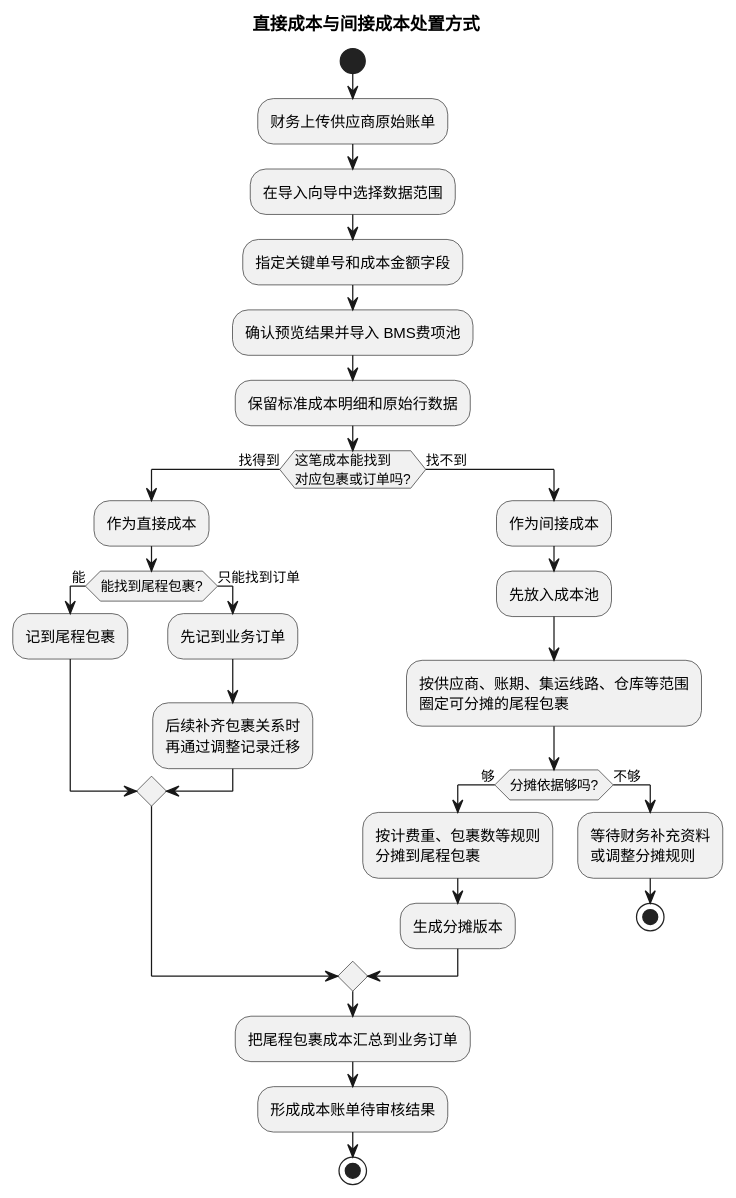
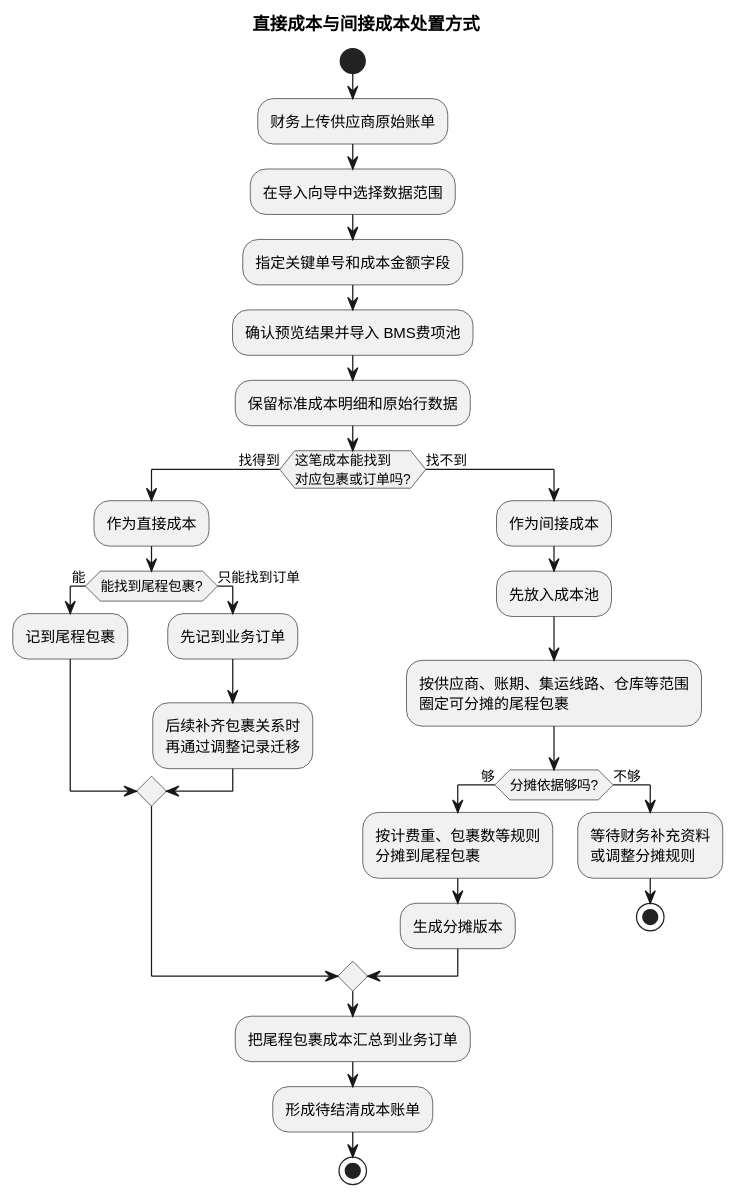
Diagram 13 of 18 in product-caliber/bms/prd/财务系统.PRD.md (jack888332/projects-doc), drawn with PlantUML before and after one commit. The commit also changed other lines of this file, not shown here.

````diff
--- a/product-caliber/bms/prd/财务系统.PRD.md
+++ b/product-caliber/bms/prd/财务系统.PRD.md
@@ -2950,37 +3079,37 @@
 ```plantuml
 @startuml
 title 直接成本与间接成本处置方式
 
 start
 :财务上传供应商原始账单;
 :在导入向导中选择数据范围;
 :指定关键单号和成本金额字段;
 :确认预览结果并导入 BMS费项池;
 :保留标准成本明细和原始行数据;
 
 if (这笔成本能找到\n对应包裹或订单吗?) then (找得到)
   :作为直接成本;
   if (能找到尾程包裹?) then (能)
     :记到尾程包裹;
   else (只能找到订单)
     :先记到业务订单;
     :后续补齐包裹关系时\n再通过调整记录迁移;
   endif
 else (找不到)
   :作为间接成本;
   :先放入成本池;
   :按供应商、账期、集运线路、仓库等范围\n圈定可分摊的尾程包裹;
   if (分摊依据够吗?) then (够)
     :按计费重、包裹数等规则\n分摊到尾程包裹;
     :生成分摊版本;
   else (不够)
     :等待财务补充资料\n或调整分摊规则;
     stop
   endif
 endif
 
 :把尾程包裹成本汇总到业务订单;
-:形成成本账单待审核结果;
+:形成待结清成本账单;
 stop
 @enduml
 ```
````
